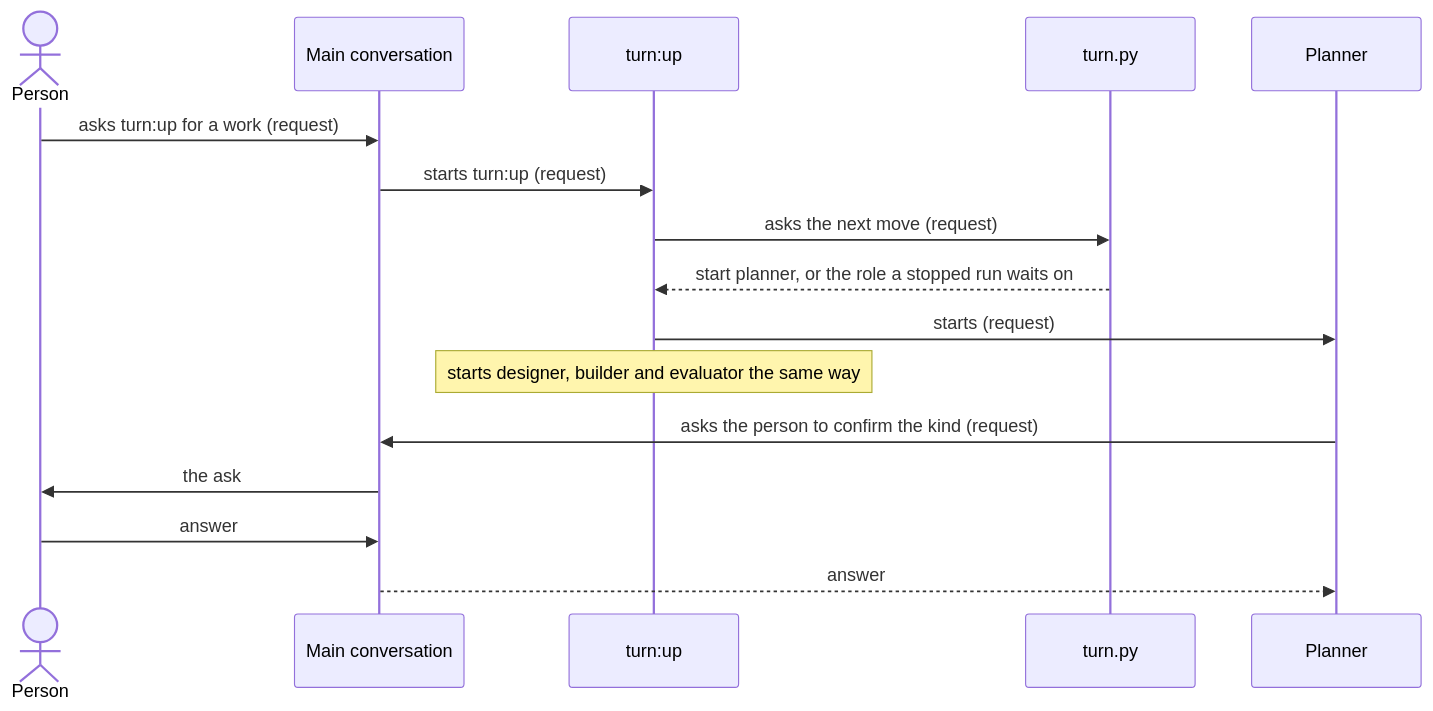
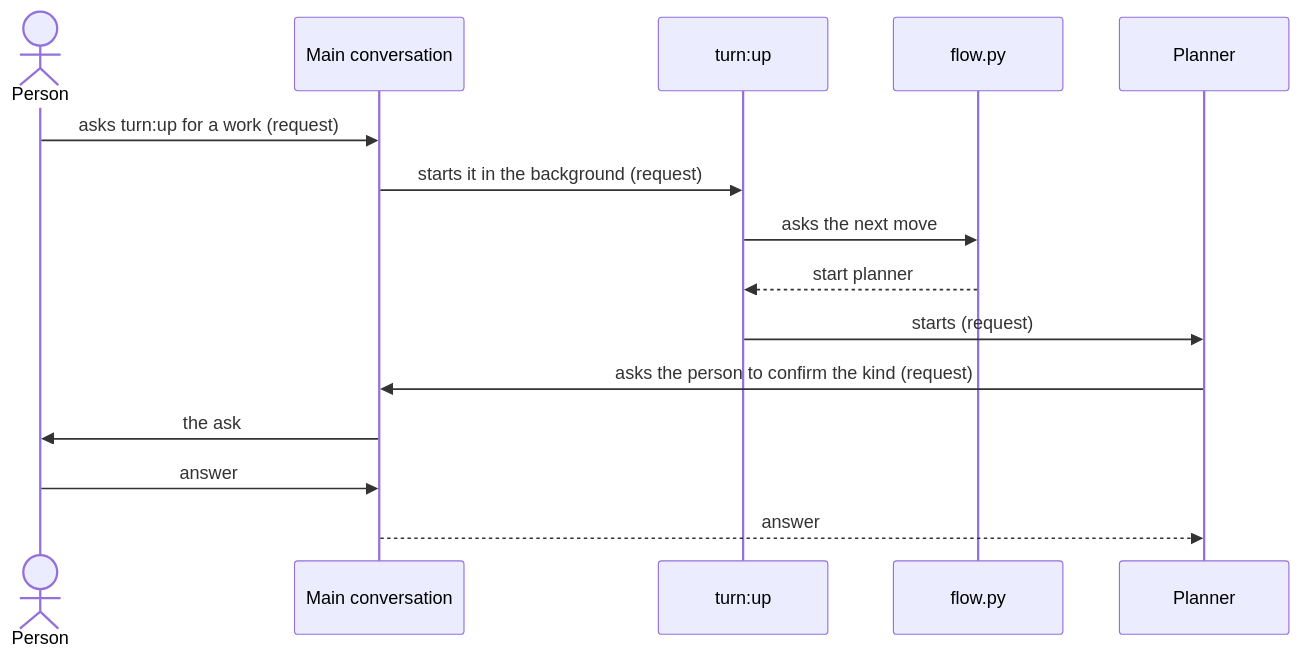
The first of 6 diagrams in dev/turn/architecture.md (lovaizu/ccpm), drawn with Mermaid before and after one commit. The commit also changed other lines of this file and 5 other files, not shown here.

First line of the commit message:
turn's architecture on the template: lane's flow holds the order of planner, designer, builder, evaluator, then refactorer and refactor-evaluator for the refactoring phase, each role started fresh from the run's files; check.py checks only what no lane holds; calling.md says how a caller starts turn

````diff
--- a/dev/turn/architecture.md
+++ b/dev/turn/architecture.md
@@ -162,18 +246,17 @@
 ```mermaid
 sequenceDiagram
   actor P as Person
   participant M as Main conversation
   participant U as turn:up
-  participant S as turn.py
+  participant F as flow.py
   participant PL as Planner
   P->>M: asks turn:up for a work (request)
-  M->>U: starts turn:up (request)
-  U->>S: asks the next move (request)
-  S-->>U: start planner, or the role a stopped run waits on
+  M->>U: starts it in the background (request)
+  U->>F: asks the next move
+  F-->>U: start planner
   U->>PL: starts (request)
-  Note over U: starts designer, builder and evaluator the same way
   PL->>M: asks the person to confirm the kind (request)
   M->>P: the ask
   P->>M: answer
   M-->>PL: answer
 ```
````
